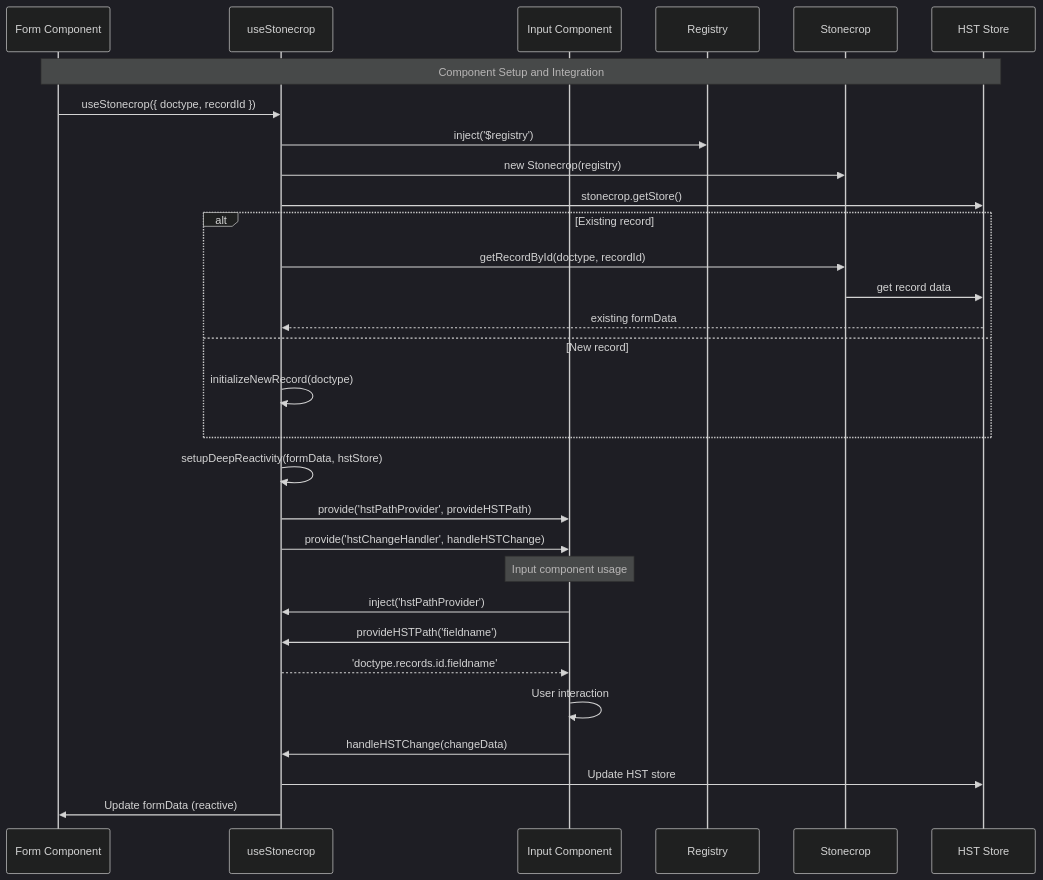
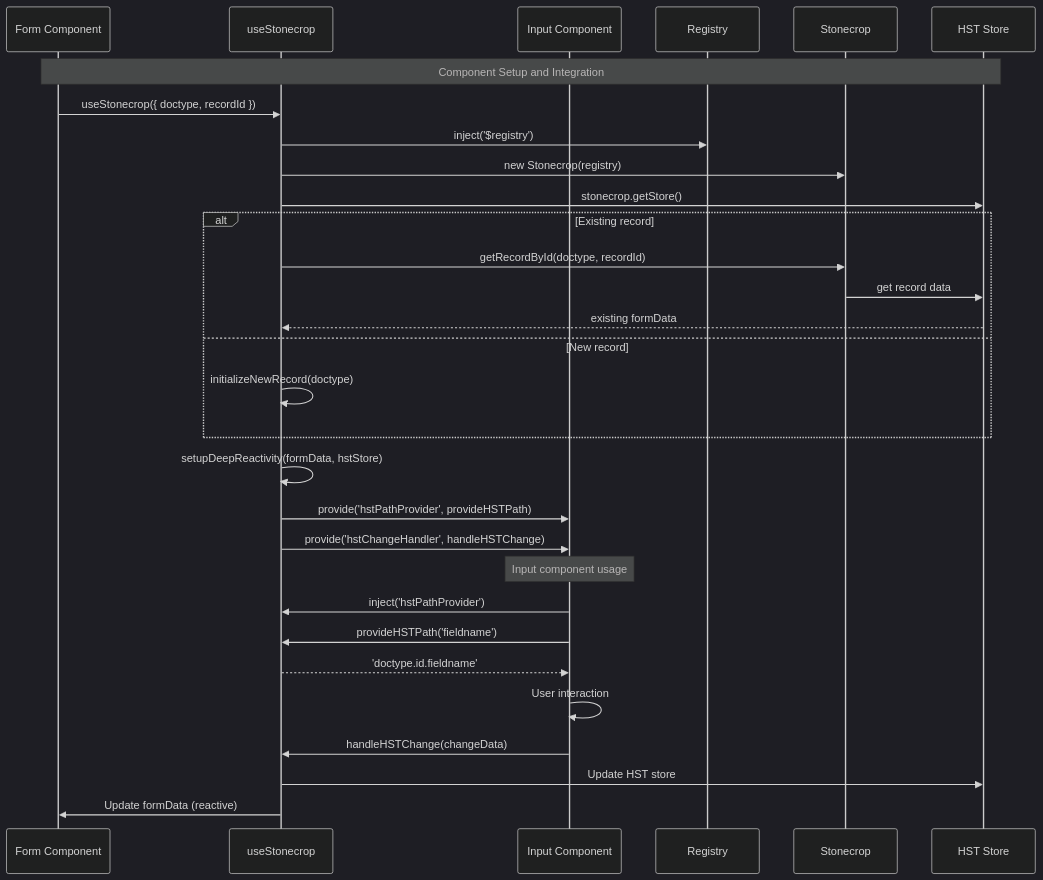
The fourth of 6 diagrams in stonecrop/HST.md (agritheory/stonecrop), drawn with Mermaid (dark theme) before and after one commit. The commit also changed other lines of this file and 2 other files, not shown here.

````diff
--- a/stonecrop/HST.md
+++ b/stonecrop/HST.md
@@ -151,41 +151,41 @@
 ```mermaid
 sequenceDiagram
     participant FC as Form Component
     participant US as useStonecrop
     participant IC as Input Component
     participant REG as Registry
     participant SC as Stonecrop
     participant HST as HST Store
 
     Note over FC,HST: Component Setup and Integration
 
     FC->>US: useStonecrop({ doctype, recordId })
 
     US->>REG: inject('$registry')
     US->>SC: new Stonecrop(registry)
     US->>HST: stonecrop.getStore()
 
     alt Existing record
         US->>SC: getRecordById(doctype, recordId)
         SC->>HST: get record data
         HST-->>US: existing formData
     else New record
         US->>US: initializeNewRecord(doctype)
     end
 
     US->>US: setupDeepReactivity(formData, hstStore)
 
     US->>IC: provide('hstPathProvider', provideHSTPath)
     US->>IC: provide('hstChangeHandler', handleHSTChange)
 
     Note over IC: Input component usage
     IC->>US: inject('hstPathProvider')
     IC->>US: provideHSTPath('fieldname')
-    US-->>IC: 'doctype.records.id.fieldname'
+    US-->>IC: 'doctype.id.fieldname'
 
     IC->>IC: User interaction
     IC->>US: handleHSTChange(changeData)
 
     US->>HST: Update HST store
     US->>FC: Update formData (reactive)
 ```
````
